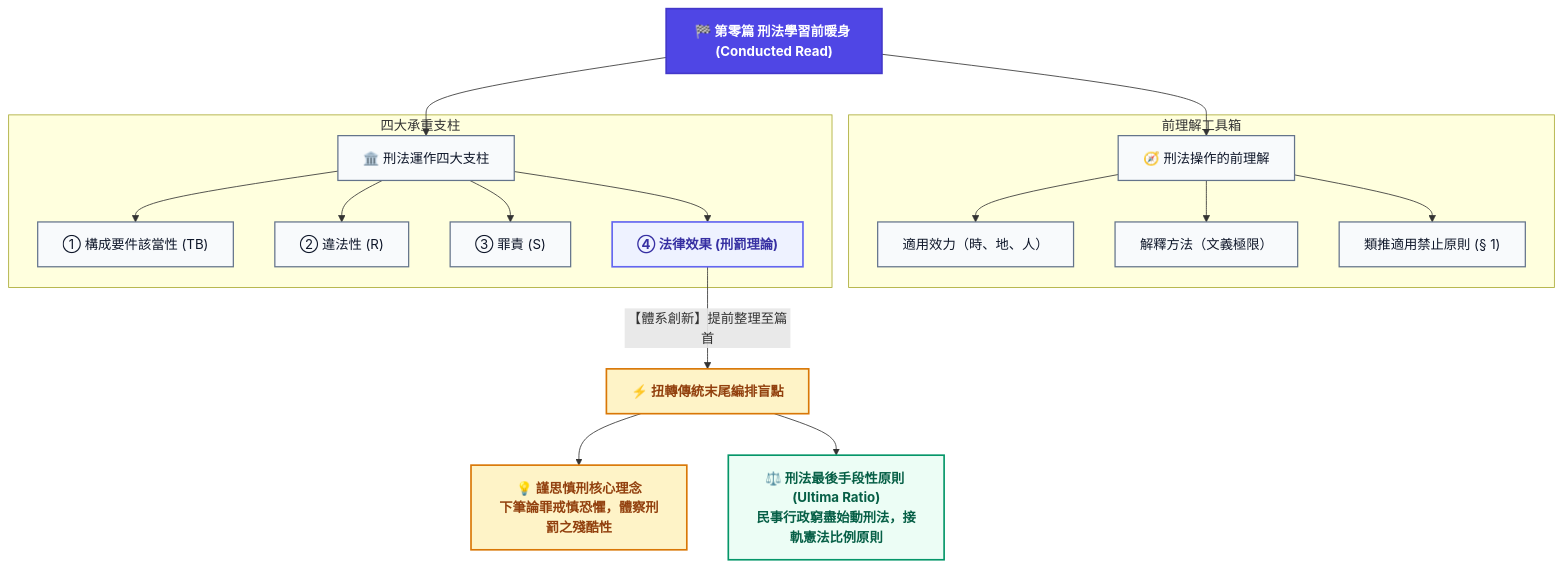
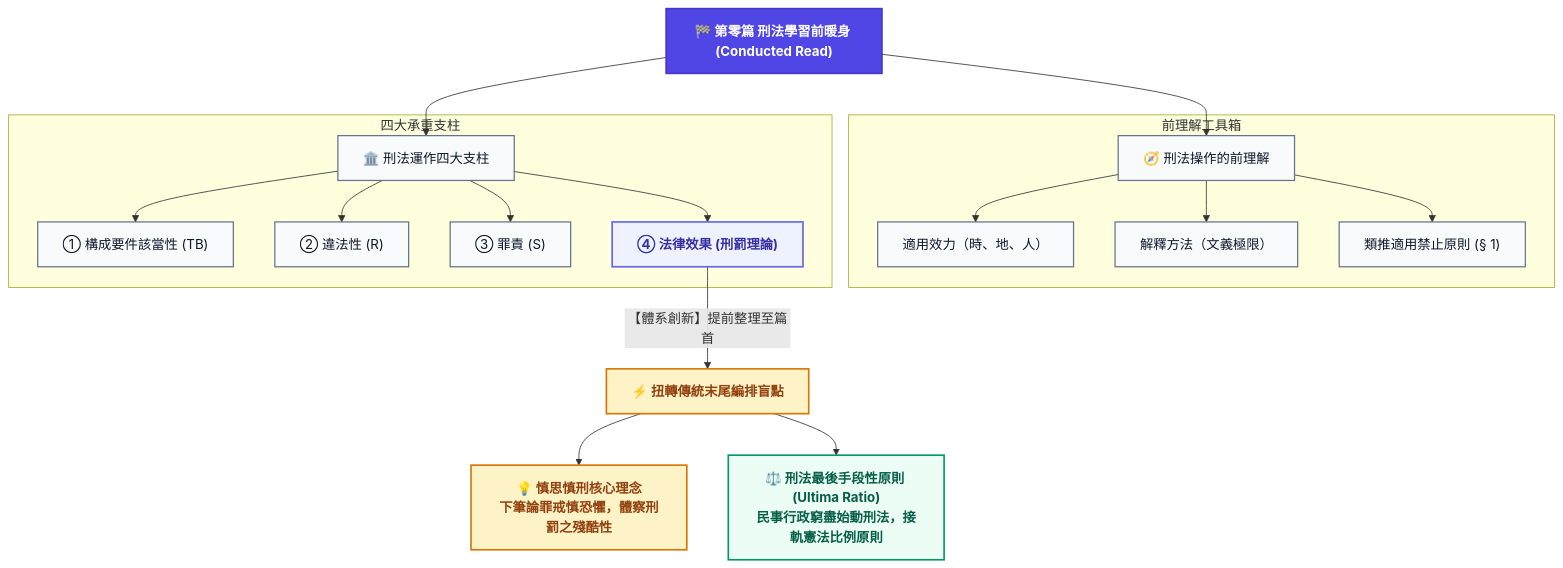
One commit to a10129800/Law_Note changed diagram 17 of 36 in CRIMINAL_LAW_NOTES.md. Above: the diagram before and after it, drawn with Mermaid. The commit also changed other lines of this file and 41 other files, not shown here.

````diff
--- a/CRIMINAL_LAW_NOTES.md
+++ b/CRIMINAL_LAW_NOTES.md
@@ -1163,31 +1163,31 @@
 ```mermaid
 flowchart TD
     classDef main fill:#4F46E5,stroke:#4338CA,stroke-width:2px,color:#fff,font-weight:bold;
     classDef step fill:#F8FAFC,stroke:#64748B,stroke-width:1.5px,color:#0F172A;
     classDef keyBox fill:#EEF2FF,stroke:#6366F1,stroke-width:2px,color:#3730A3,font-weight:bold;
     classDef warnBox fill:#FEF3C7,stroke:#D97706,stroke-width:2px,color:#92400E,font-weight:bold;
     classDef lawBox fill:#ECFDF5,stroke:#059669,stroke-width:2px,color:#065F46,font-weight:bold;
 
     Start["🏁 第零篇 刑法學習前暖身 (Conducted Read)"]:::main
 
     Start --> P1["🧭 刑法操作的前理解"]:::step
     Start --> P2["🏛️ 刑法運作四大支柱"]:::step
 
     subgraph PreUnderstanding ["前理解工具箱"]
         P1 --> E1["適用效力（時、地、人）"]:::step
         P1 --> E2["解釋方法（文義極限）"]:::step
         P1 --> E3["類推適用禁止原則 (§ 1)"]:::step
     end
 
     subgraph FourPillars ["四大承重支柱"]
         P2 --> TB["① 構成要件該當性 (TB)"]:::step
         P2 --> R["② 違法性 (R)"]:::step
         P2 --> S["③ 罪責 (S)"]:::step
         P2 --> RF["④ 法律效果 (刑罰理論)"]:::keyBox
     end
 
     RF -- "【體系創新】提前整理至篇首" --> Shift["⚡ 扭轉傳統末尾編排盲點"]:::warnBox
 
-    Shift --> Idea1["💡 謹思慎刑核心理念<br>下筆論罪戒慎恐懼，體察刑罰之殘酷性"]:::warnBox
+    Shift --> Idea1["💡 慎思慎刑核心理念<br>下筆論罪戒慎恐懼，體察刑罰之殘酷性"]:::warnBox
     Shift --> Idea2["⚖️ 刑法最後手段性原則 (Ultima Ratio)<br>民事行政窮盡始動刑法，接軌憲法比例原則"]:::lawBox
 ```
````
